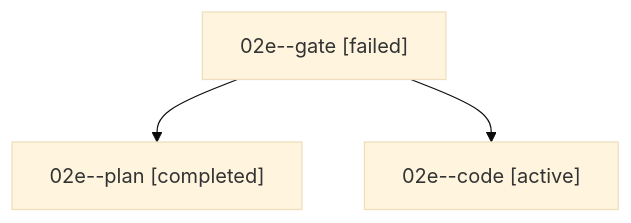
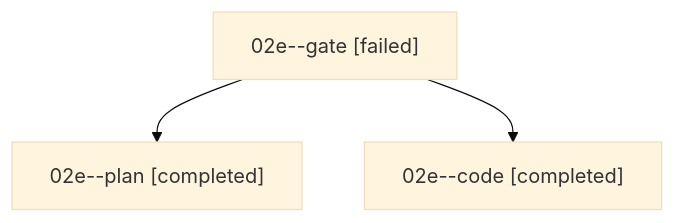
Before and after one commit to bobs-org/bob-cli--agents: the diagram in sessions/bbugyi200.athena.02e.md, drawn with Mermaid (base theme). The commit also changed other lines of this file and 27 other files, not shown here.

````diff
--- a/sessions/bbugyi200.athena.02e.md
+++ b/sessions/bbugyi200.athena.02e.md
@@ -9,8 +9,8 @@
 ```mermaid
 flowchart TD
   n0["02e--gate [failed]"]
   n1["02e--plan [completed]"]
   n0 --> n1
-  n2["02e--code [active]"]
+  n2["02e--code [completed]"]
   n0 --> n2
 ```
````
